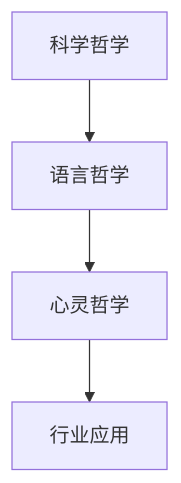
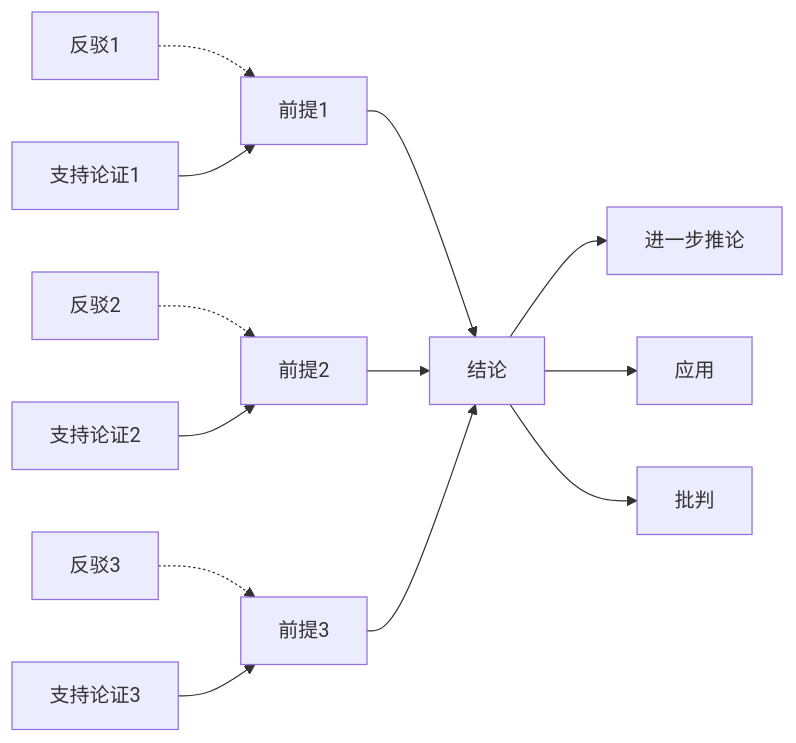
One commit to AdaMartin18010/Lean changed the third of 3 diagrams in analysis/3-哲学与科学原理/3.x-其他哲学主题.md. Above: the diagram before and after it, drawn with Mermaid. The commit also changed other lines of this file and 20 other files, not shown here.

````diff
--- a/analysis/3-哲学与科学原理/3.x-其他哲学主题.md
+++ b/analysis/3-哲学与科学原理/3.x-其他哲学主题.md
@@ -55,6 +736,18 @@
 ```mermaid
-graph TD
-  A[科学哲学] --> B[语言哲学]
-  B --> C[心灵哲学]
-  C --> D[行业应用]
+flowchart LR
+    A[前提1] --> D[结论]
+    B[前提2] --> D
+    C[前提3] --> D
+    
+    E[反驳1] -.-> A
+    F[反驳2] -.-> B
+    G[反驳3] -.-> C
+    
+    H[支持论证1] --> A
+    I[支持论证2] --> B
+    J[支持论证3] --> C
+    
+    D --> K[进一步推论]
+    D --> L[应用]
+    D --> M[批判]
 ```
````
